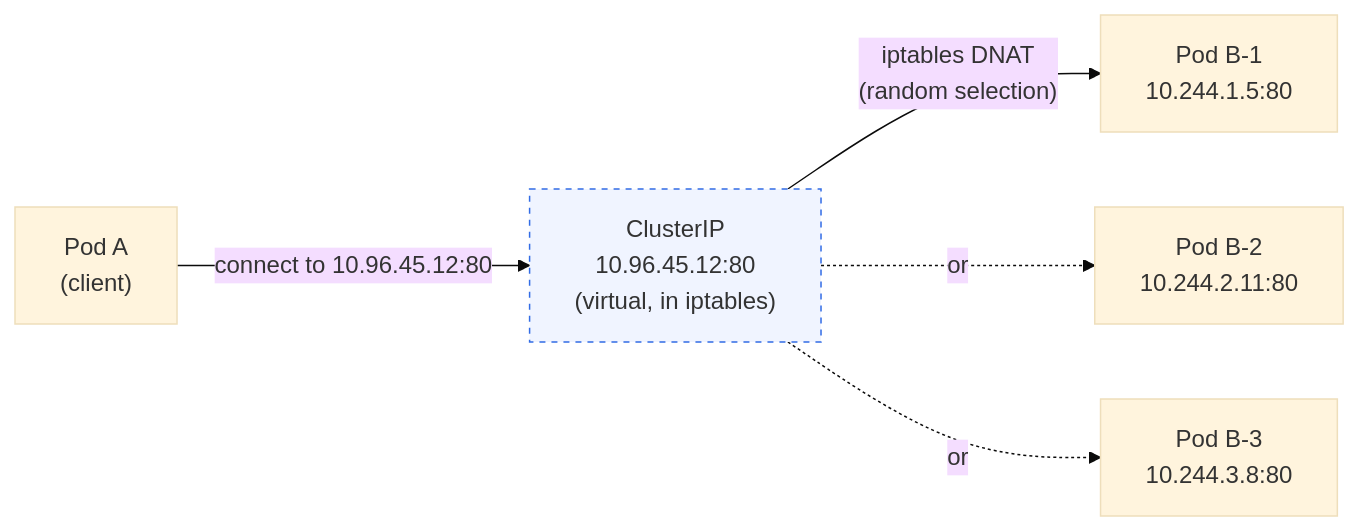
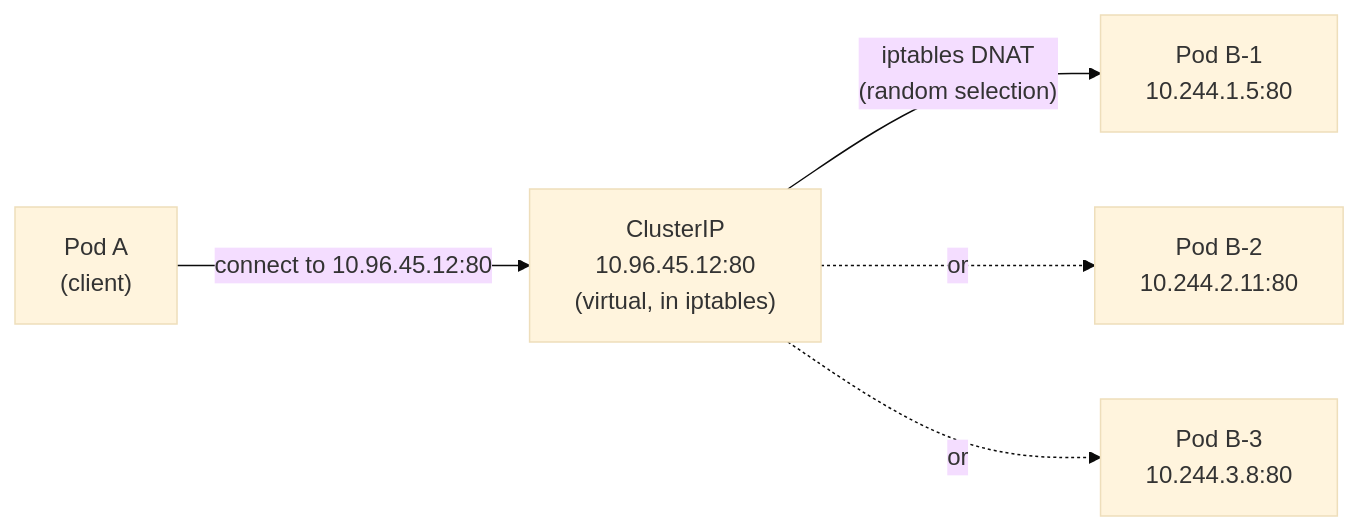
One commit to Antoine-Flo/kube-mastery changed the diagram in src/courses/modules/services/03-clusterip/en/content.md. Above: the diagram before and after it, drawn with Mermaid (base theme). The commit also changed 21 other files, not shown here.

Commit message:
remove diagram styles

````diff
--- a/src/courses/modules/services/03-clusterip/en/content.md
+++ b/src/courses/modules/services/03-clusterip/en/content.md
@@ -62,15 +62,13 @@
 ```mermaid
 graph LR
     PA["Pod A\n(client)"]
     VIP["ClusterIP\n10.96.45.12:80\n(virtual, in iptables)"]
     PB1["Pod B-1\n10.244.1.5:80"]
     PB2["Pod B-2\n10.244.2.11:80"]
     PB3["Pod B-3\n10.244.3.8:80"]
 
     PA -->|"connect to 10.96.45.12:80"| VIP
     VIP -->|"iptables DNAT\n(random selection)"| PB1
     VIP -.->|"or"| PB2
     VIP -.->|"or"| PB3
-
-    style VIP fill:#f0f4ff,stroke:#326ce5,stroke-dasharray:4
 ```
````
